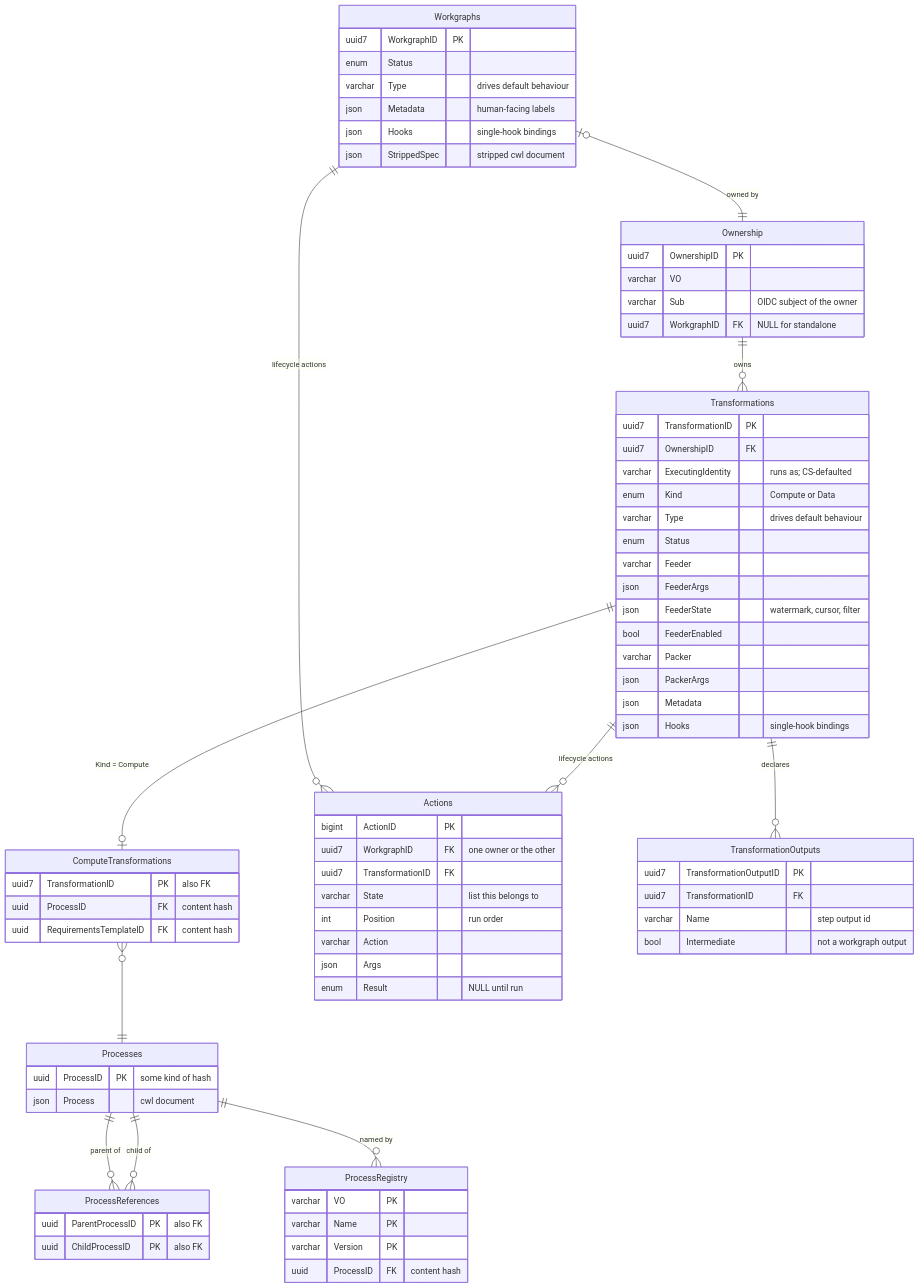
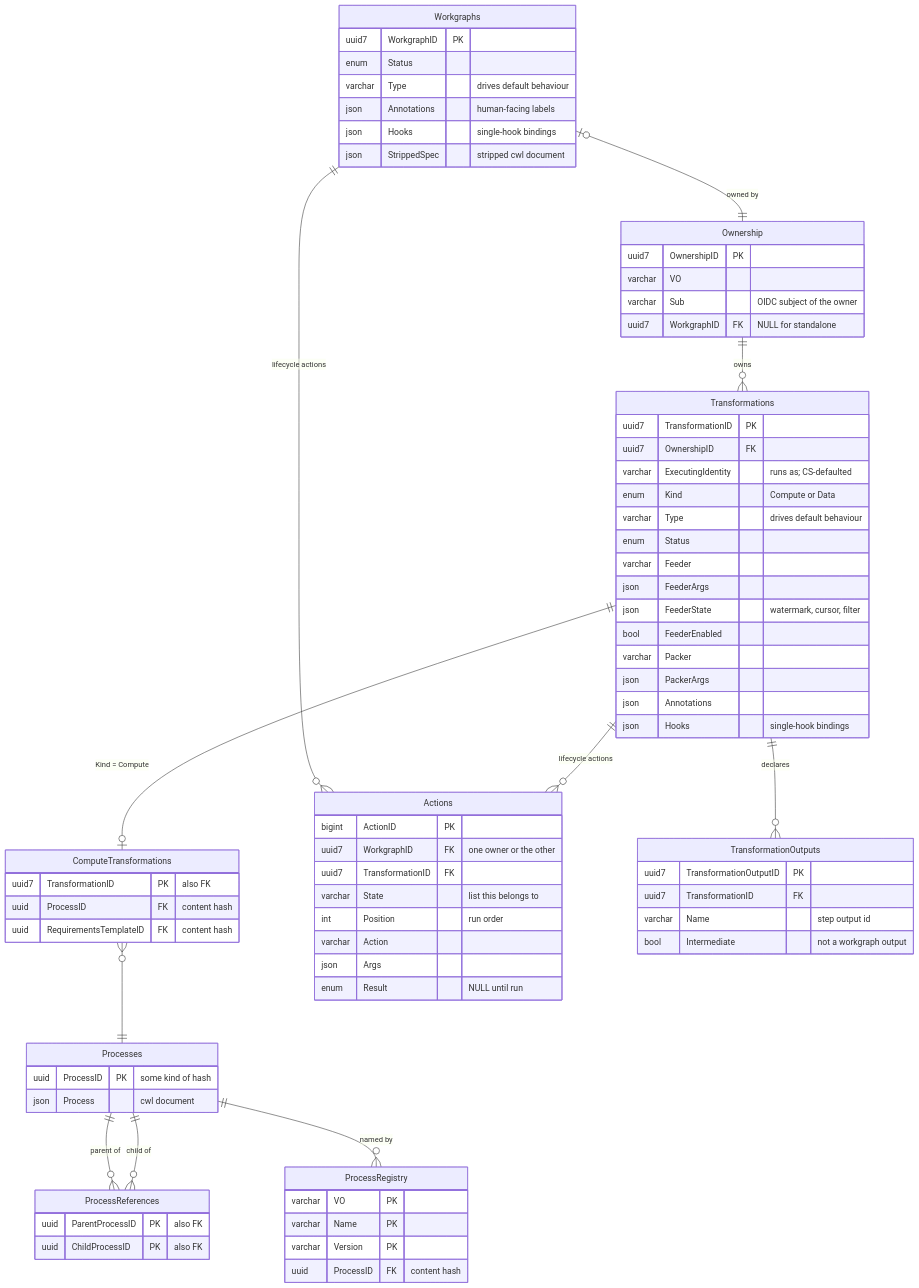
The first of 3 diagrams in docs/adr/DX-ADR-004_schema.md (DIRACGrid/diracx), drawn with Mermaid before and after one commit. The commit also changed other lines of this file and 2 other files, not shown here.

First line of the commit message:
docs(adr): align DX-ADR-004/005 with the TransformationDB schema review

````diff
--- a/docs/adr/DX-ADR-004_schema.md
+++ b/docs/adr/DX-ADR-004_schema.md
@@ -54,79 +54,79 @@
 ```mermaid
 erDiagram
     Workgraphs |o--|| Ownership : "owned by"
     Ownership ||--o{ Transformations : owns
     Transformations ||--o| ComputeTransformations : "Kind = Compute"
     ComputeTransformations }o--|| Processes : ""
     Processes ||--o{ ProcessReferences : "parent of"
     Processes ||--o{ ProcessReferences : "child of"
     Processes ||--o{ ProcessRegistry : "named by"
     Workgraphs ||--o{ Actions : "lifecycle actions"
     Transformations ||--o{ Actions : "lifecycle actions"
     Transformations ||--o{ TransformationOutputs : declares
 
     Workgraphs {
         uuid7 WorkgraphID PK
         enum Status
         varchar Type "drives default behaviour"
-        json Metadata "human-facing labels"
+        json Annotations "human-facing labels"
         json Hooks "single-hook bindings"
         json StrippedSpec "stripped cwl document"
     }
     Ownership {
         uuid7 OwnershipID PK
         varchar VO
         varchar Sub "OIDC subject of the owner"
         uuid7 WorkgraphID FK "NULL for standalone"
     }
     Transformations {
         uuid7 TransformationID PK
         uuid7 OwnershipID FK
         varchar ExecutingIdentity "runs as; CS-defaulted"
         enum Kind "Compute or Data"
         varchar Type "drives default behaviour"
         enum Status
         varchar Feeder
         json FeederArgs
         json FeederState "watermark, cursor, filter"
         bool FeederEnabled
         varchar Packer
         json PackerArgs
-        json Metadata
+        json Annotations
         json Hooks "single-hook bindings"
     }
     ComputeTransformations {
         uuid7 TransformationID PK "also FK"
         uuid ProcessID FK "content hash"
         uuid RequirementsTemplateID FK "content hash"
     }
     TransformationOutputs {
         uuid7 TransformationOutputID PK
         uuid7 TransformationID FK
         varchar Name "step output id"
         bool Intermediate "not a workgraph output"
     }
     Processes {
         uuid ProcessID PK "some kind of hash"
         json Process "cwl document"
     }
     ProcessReferences {
         uuid ParentProcessID PK "also FK"
         uuid ChildProcessID PK "also FK"
     }
     ProcessRegistry {
         varchar VO PK
         varchar Name PK
         varchar Version PK
         uuid ProcessID FK "content hash"
     }
     Actions {
         bigint ActionID PK
         uuid7 WorkgraphID FK "one owner or the other"
         uuid7 TransformationID FK
         varchar State "list this belongs to"
         int Position "run order"
         varchar Action
         json Args
         enum Result "NULL until run"
     }
 ```
````
